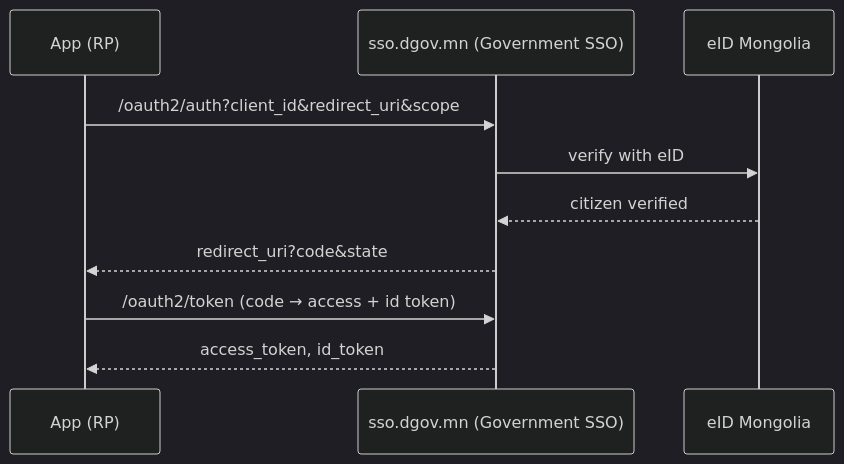
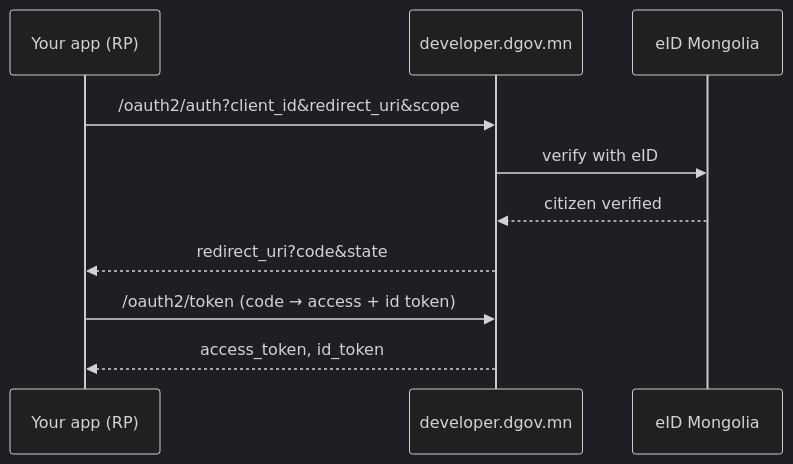
The diagram in docs-site/docs/authentication.en.md (gerege-systems/developer-dgov-mn), drawn with Mermaid (dark theme) before and after one commit. The commit also changed other lines of this file and 15 other files, not shown here.

First line of the commit message:
docs: developer-portal docs site + GitHub Pages deployment

````diff
--- a/docs-site/docs/authentication.en.md
+++ b/docs-site/docs/authentication.en.md
@@ -25,12 +26,12 @@
 ```mermaid
 sequenceDiagram
-  participant App as App (RP)
-  participant SSO as sso.dgov.mn (Government SSO)
+  participant App as Your app (RP)
+  participant Portal as developer.dgov.mn
   participant eID as eID Mongolia
-  App->>SSO: /oauth2/auth?client_id&redirect_uri&scope
-  SSO->>eID: verify with eID
-  eID-->>SSO: citizen verified
-  SSO-->>App: redirect_uri?code&state
-  App->>SSO: /oauth2/token (code → access + id token)
-  SSO-->>App: access_token, id_token
+  App->>Portal: /oauth2/auth?client_id&redirect_uri&scope
+  Portal->>eID: verify with eID
+  eID-->>Portal: citizen verified
+  Portal-->>App: redirect_uri?code&state
+  App->>Portal: /oauth2/token (code → access + id token)
+  Portal-->>App: access_token, id_token
 ```
````
